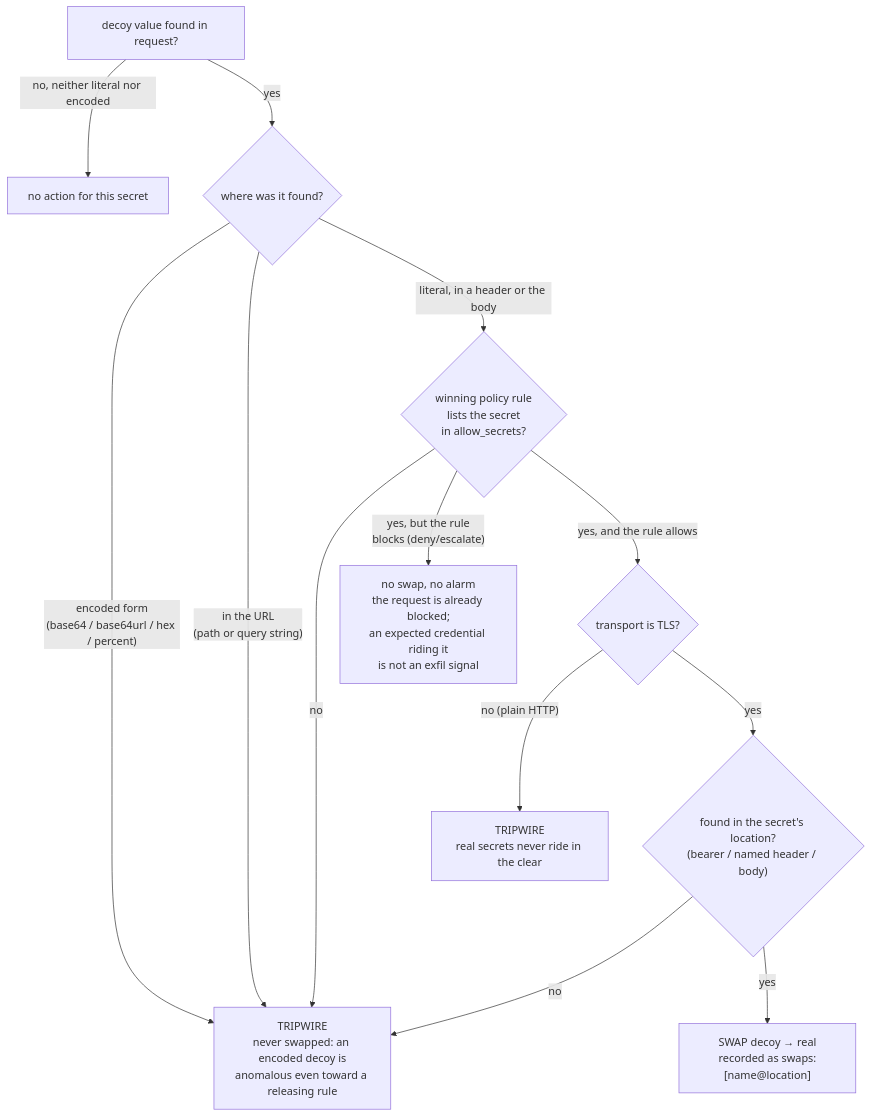
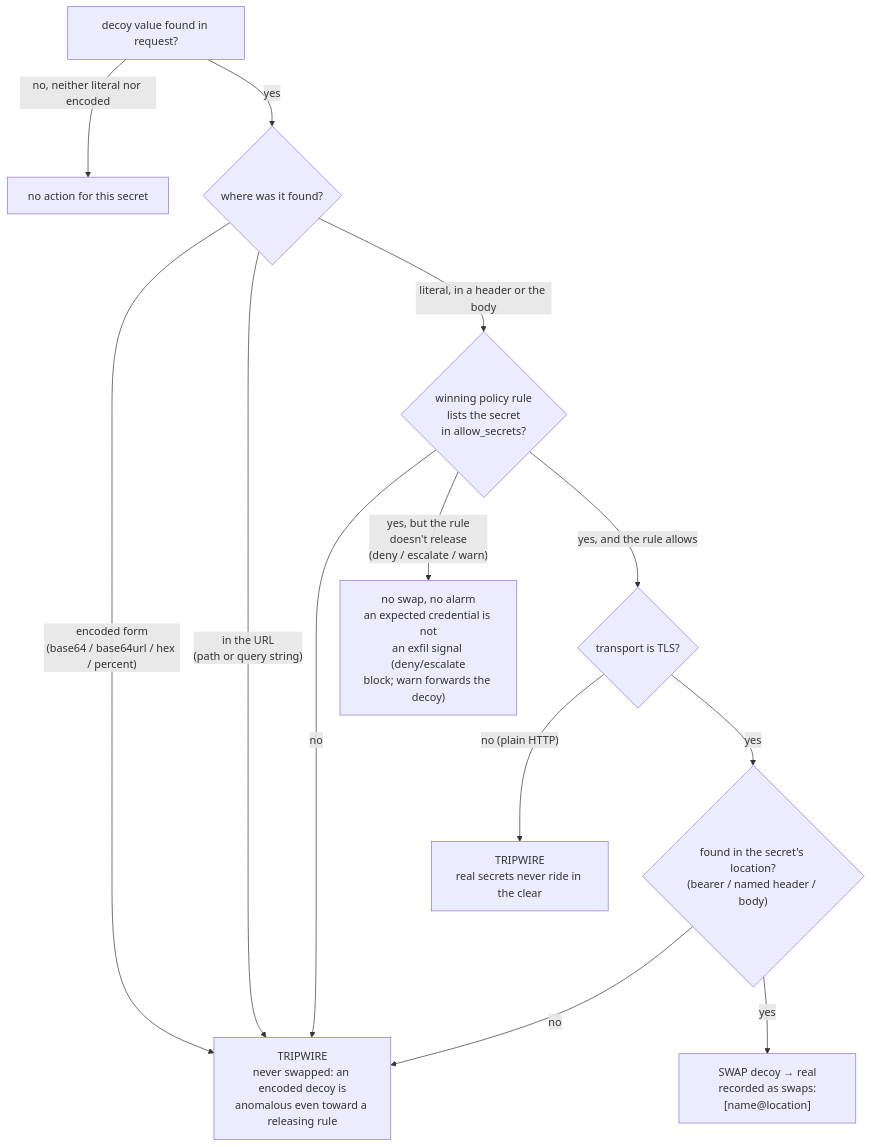
Before and after one commit to decoyrail-team/decoyrail: the fifth of 7 diagrams in docs/how-it-works.md, drawn with Mermaid. The commit also changed other lines of this file and 15 other files, not shown here.

````diff
--- a/docs/how-it-works.md
+++ b/docs/how-it-works.md
@@ -178,17 +178,17 @@
 ```mermaid
 flowchart TD
     start["decoy value found in request?"] -->|"no, neither literal nor encoded"| nothing["no action for this secret"]
     start -->|yes| where{where was it found?}
 
     where -->|"encoded form<br/>(base64 / base64url / hex / percent)"| tw["TRIPWIRE<br/>never swapped: an encoded decoy is<br/>anomalous even toward a releasing rule"]
     where -->|"in the URL<br/>(path or query string)"| tw
     where -->|"literal, in a header or the body"| listed{"winning policy rule<br/>lists the secret<br/>in allow_secrets?"}
 
     listed -->|no| tw
-    listed -->|"yes, but the rule<br/>blocks (deny/escalate)"| quiet["no swap, no alarm<br/>the request is already blocked;<br/>an expected credential riding it<br/>is not an exfil signal"]
+    listed -->|"yes, but the rule<br/>doesn't release<br/>(deny / escalate / warn)"| quiet["no swap, no alarm<br/>an expected credential is not<br/>an exfil signal (deny/escalate<br/>block; warn forwards the decoy)"]
     listed -->|"yes, and the rule allows"| tls{"transport is TLS?"}
     tls -->|"no (plain HTTP)"| tw2["TRIPWIRE<br/>real secrets never ride in the clear"]
     tls -->|yes| loc{"found in the secret's location?<br/>(bearer / named header / body)"}
     loc -->|no| tw
     loc -->|yes| ok["SWAP decoy → real<br/>recorded as swaps:[name@location]"]
 ```
````
